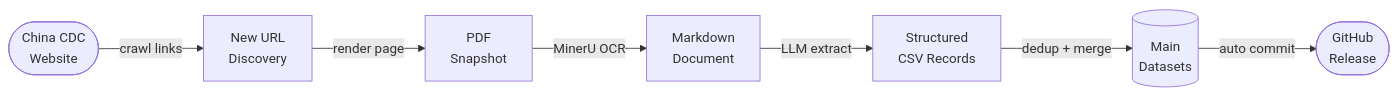
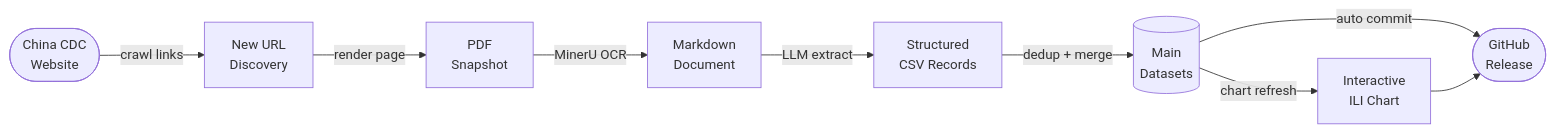
Before and after one commit to dailypartita/cn_cdc_crawl: the diagram in README.md, drawn with Mermaid. The commit also changed other lines of this file and 3 other files, not shown here.

First line of the commit message:
feat: 接入交互式 ILI 趋势图并纳入自动更新流程

````diff
--- a/README.md
+++ b/README.md
@@ -15,9 +17,11 @@
 ```mermaid
 flowchart LR
     A([China CDC<br/>Website]) -->|crawl links| B[New URL<br/>Discovery]
     B -->|render page| C[PDF<br/>Snapshot]
     C -->|MinerU OCR| D[Markdown<br/>Document]
     D -->|LLM extract| E[Structured<br/>CSV Records]
     E -->|dedup + merge| F[(Main<br/>Datasets)]
+    F -->|chart refresh| H[Interactive<br/>ILI Chart]
     F -->|auto commit| G([GitHub<br/>Release])
+    H --> G
 ```
````
